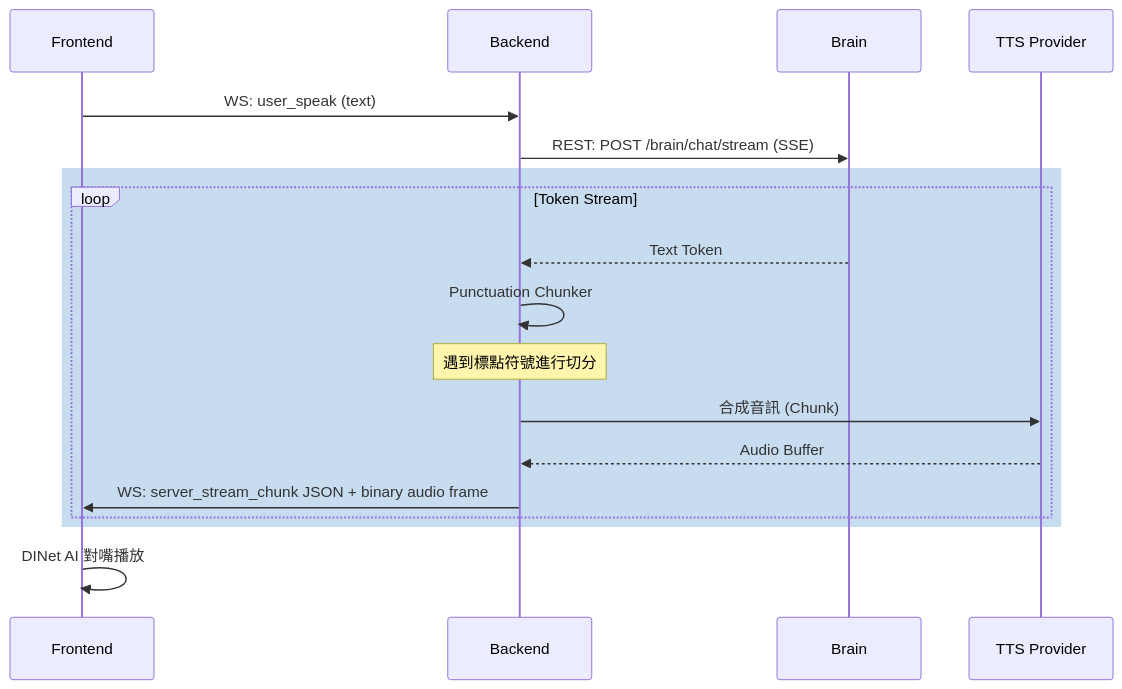
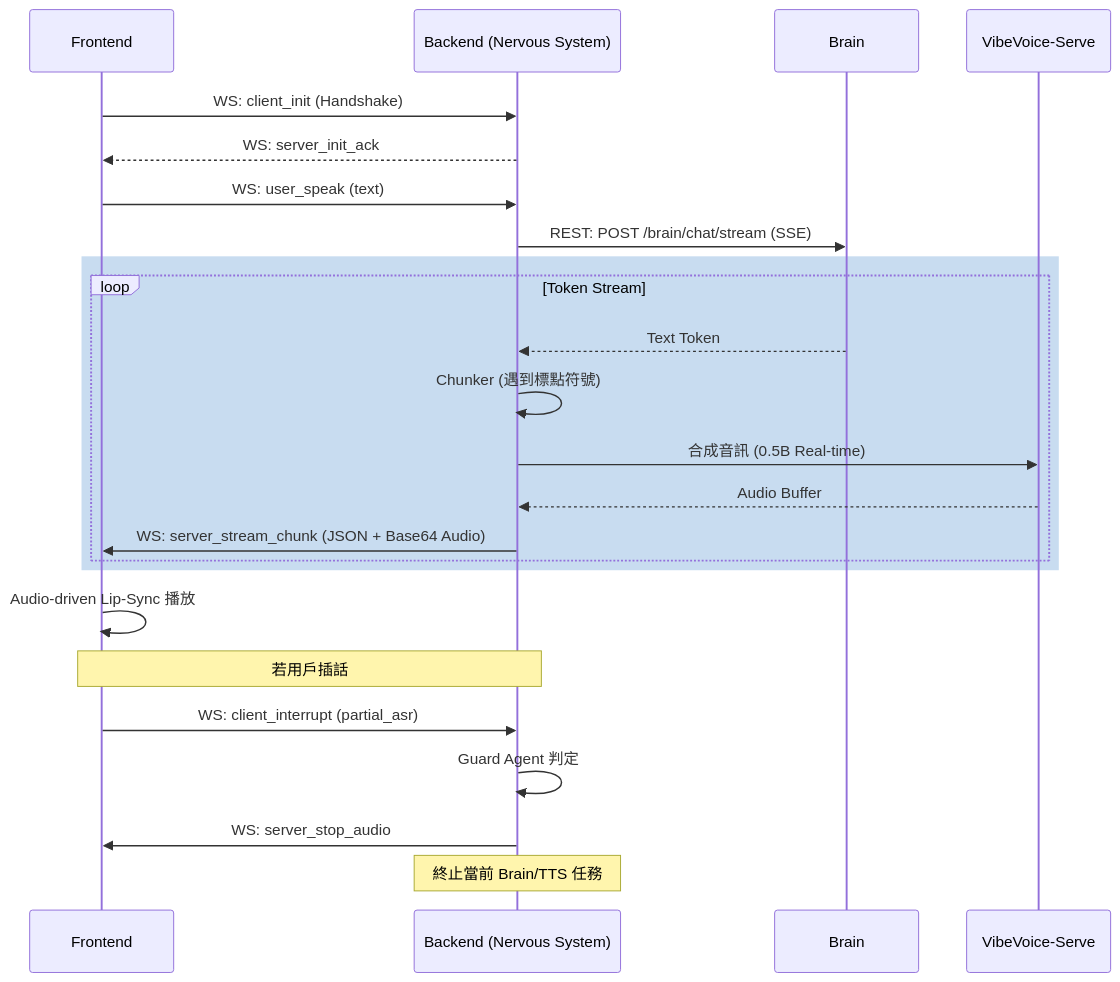
Before and after one commit to CreateIntelligens/openVman: the first of 2 diagrams in docs/09_API_WS_LINKAGE.md, drawn with Mermaid. The commit also changed other lines of this file and 149 other files, not shown here.

Commit message:
feat: overhaul TTS with VibeVoice and implement live voice pipeline

````diff
--- a/docs/09_API_WS_LINKAGE.md
+++ b/docs/09_API_WS_LINKAGE.md
@@ -24,21 +24,28 @@
 ```mermaid
 sequenceDiagram
     participant F as Frontend
-    participant B as Backend
+    participant B as Backend (Nervous System)
     participant BR as Brain
-    participant T as TTS Provider
+    participant T as VibeVoice-Serve
 
+    F->>B: WS: client_init (Handshake)
+    B-->>F: WS: server_init_ack
     F->>B: WS: user_speak (text)
     B->>BR: REST: POST /brain/chat/stream (SSE)
     rect rgb(200, 220, 240)
         loop Token Stream
             BR-->>B: Text Token
-            B->>B: Punctuation Chunker
-            Note over B: 遇到標點符號進行切分
-            B->>T: 合成音訊 (Chunk)
+            B->>B: Chunker (遇到標點符號)
+            B->>T: 合成音訊 (0.5B Real-time)
             T-->>B: Audio Buffer
-            B->>F: WS: server_stream_chunk JSON + binary audio frame
+            B->>F: WS: server_stream_chunk (JSON + Base64 Audio)
         end
     end
-    F->>F: DINet AI 對嘴播放
+    F->>F: Audio-driven Lip-Sync 播放
+
+    Note over F,B: 若用戶插話
+    F->>B: WS: client_interrupt (partial_asr)
+    B->>B: Guard Agent 判定
+    B->>F: WS: server_stop_audio
+    Note over B: 終止當前 Brain/TTS 任務
 ```
````
